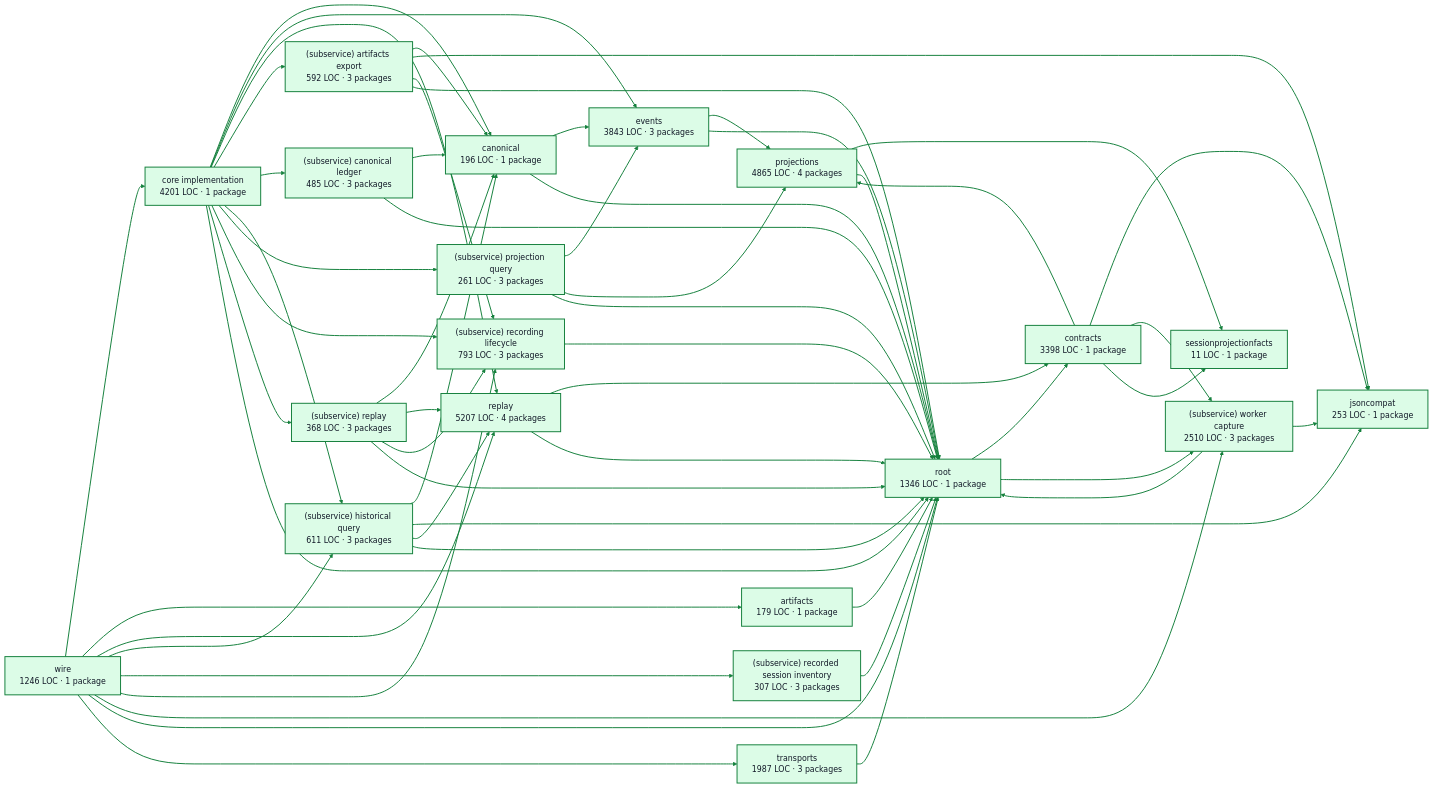
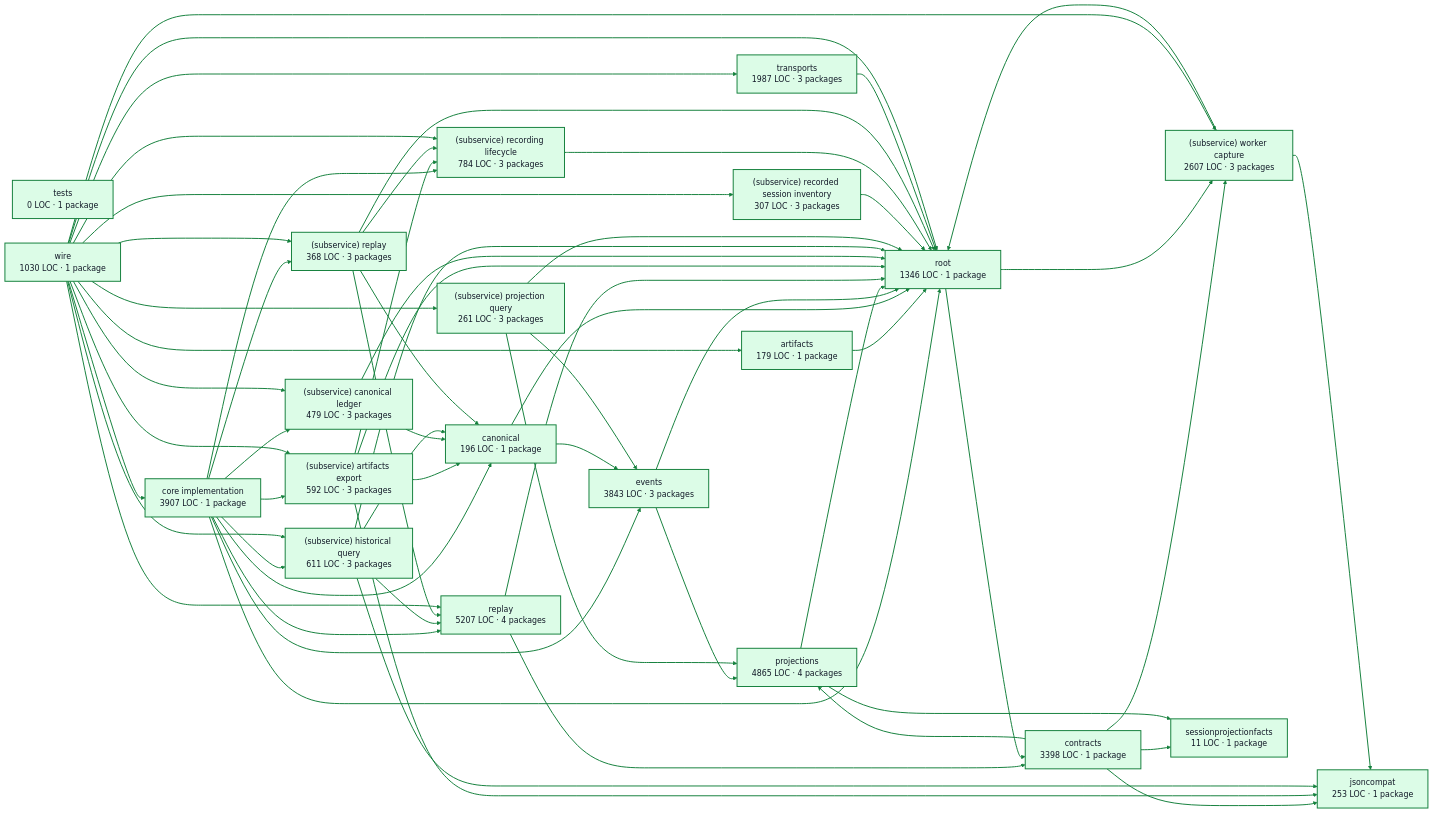
The diagram in docs/architecture/visualizations/services/recordings.md (portpowered/you-agent-factory), drawn with Mermaid before and after one commit. The commit also changed other lines of this file and 20 other files, not shown here.

Commit message:
docs: refresh backend architecture visualizations

````diff
--- a/docs/architecture/visualizations/services/recordings.md
+++ b/docs/architecture/visualizations/services/recordings.md
@@ -11,6 +11,6 @@
 ```mermaid
 flowchart LR
-  p0["core implementation<br/>4201 LOC · 1 package"]
+  p0["core implementation<br/>3907 LOC · 1 package"]
   p1["artifacts<br/>179 LOC · 1 package"]
   p2["canonical<br/>196 LOC · 1 package"]
   p3["contracts<br/>3398 LOC · 1 package"]
@@ -19,73 +19,77 @@
   p6["projections<br/>4865 LOC · 4 packages"]
   p7["replay<br/>5207 LOC · 4 packages"]
   p8["(subservice) artifacts export<br/>592 LOC · 3 packages"]
-  p9["(subservice) canonical ledger<br/>485 LOC · 3 packages"]
+  p9["(subservice) canonical ledger<br/>479 LOC · 3 packages"]
   p10["(subservice) historical query<br/>611 LOC · 3 packages"]
   p11["(subservice) projection query<br/>261 LOC · 3 packages"]
   p12["(subservice) recorded session inventory<br/>307 LOC · 3 packages"]
-  p13["(subservice) recording lifecycle<br/>793 LOC · 3 packages"]
+  p13["(subservice) recording lifecycle<br/>784 LOC · 3 packages"]
   p14["(subservice) replay<br/>368 LOC · 3 packages"]
-  p15["(subservice) worker capture<br/>2510 LOC · 3 packages"]
+  p15["(subservice) worker capture<br/>2607 LOC · 3 packages"]
   p16["sessionprojectionfacts<br/>11 LOC · 1 package"]
-  p17["root<br/>1346 LOC · 1 package"]
-  p18["transports<br/>1987 LOC · 3 packages"]
-  p19["wire<br/>1246 LOC · 1 package"]
+  p17["tests<br/>0 LOC · 1 package"]
+  p18["root<br/>1346 LOC · 1 package"]
+  p19["transports<br/>1987 LOC · 3 packages"]
+  p20["wire<br/>1030 LOC · 1 package"]
   p0 --> p2
   p0 --> p4
   p0 --> p7
   p0 --> p8
   p0 --> p9
   p0 --> p10
-  p0 --> p11
   p0 --> p13
   p0 --> p14
-  p0 --> p17
-  p1 --> p17
+  p0 --> p18
+  p1 --> p18
   p2 --> p4
-  p2 --> p17
+  p2 --> p18
   p3 --> p5
   p3 --> p6
   p3 --> p15
   p3 --> p16
   p4 --> p6
-  p4 --> p17
+  p4 --> p18
   p6 --> p16
-  p6 --> p17
+  p6 --> p18
   p7 --> p3
-  p7 --> p17
+  p7 --> p18
   p8 --> p2
   p8 --> p5
   p8 --> p13
-  p8 --> p17
+  p8 --> p18
   p9 --> p2
-  p9 --> p17
+  p9 --> p18
   p10 --> p2
   p10 --> p5
   p10 --> p7
-  p10 --> p17
+  p10 --> p18
   p11 --> p4
   p11 --> p6
-  p11 --> p17
-  p12 --> p17
-  p13 --> p17
+  p11 --> p18
+  p12 --> p18
+  p13 --> p18
   p14 --> p2
   p14 --> p7
   p14 --> p13
-  p14 --> p17
+  p14 --> p18
   p15 --> p5
-  p15 --> p17
-  p17 --> p3
-  p17 --> p15
-  p18 --> p17
-  p19 --> p0
-  p19 --> p1
-  p19 --> p7
-  p19 --> p10
-  p19 --> p12
-  p19 --> p13
-  p19 --> p15
-  p19 --> p17
+  p15 --> p18
+  p18 --> p3
+  p18 --> p15
   p19 --> p18
+  p20 --> p0
+  p20 --> p1
+  p20 --> p7
+  p20 --> p8
+  p20 --> p9
+  p20 --> p10
+  p20 --> p11
+  p20 --> p12
+  p20 --> p13
+  p20 --> p14
+  p20 --> p15
+  p20 --> p18
+  p20 --> p19
   style p0 fill:#dcfce7,stroke:#15803d,stroke-width:2px,color:#111827
   style p1 fill:#dcfce7,stroke:#15803d,stroke-width:2px,color:#111827
   style p2 fill:#dcfce7,stroke:#15803d,stroke-width:2px,color:#111827
@@ -106,5 +110,6 @@
   style p17 fill:#dcfce7,stroke:#15803d,stroke-width:2px,color:#111827
   style p18 fill:#dcfce7,stroke:#15803d,stroke-width:2px,color:#111827
   style p19 fill:#dcfce7,stroke:#15803d,stroke-width:2px,color:#111827
+  style p20 fill:#dcfce7,stroke:#15803d,stroke-width:2px,color:#111827
   linkStyle default stroke:#15803d,stroke-width:2px
 ```
````
